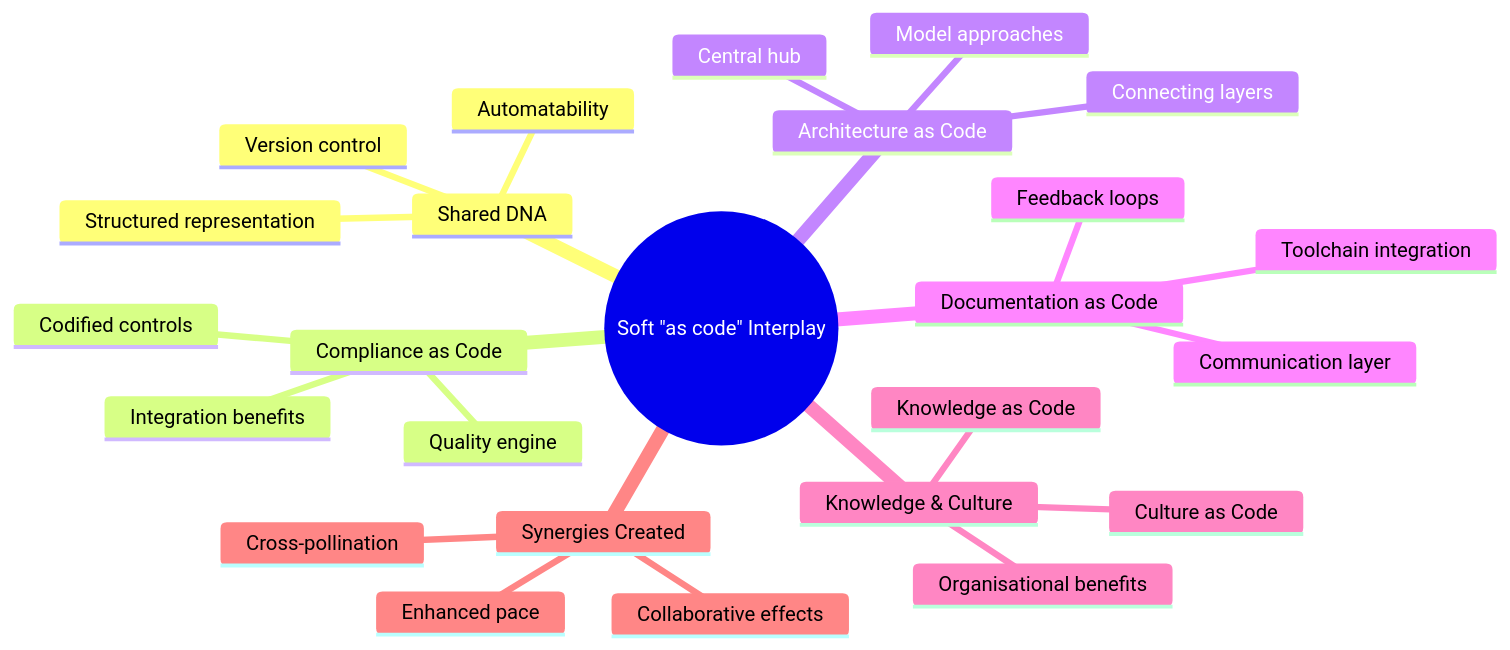
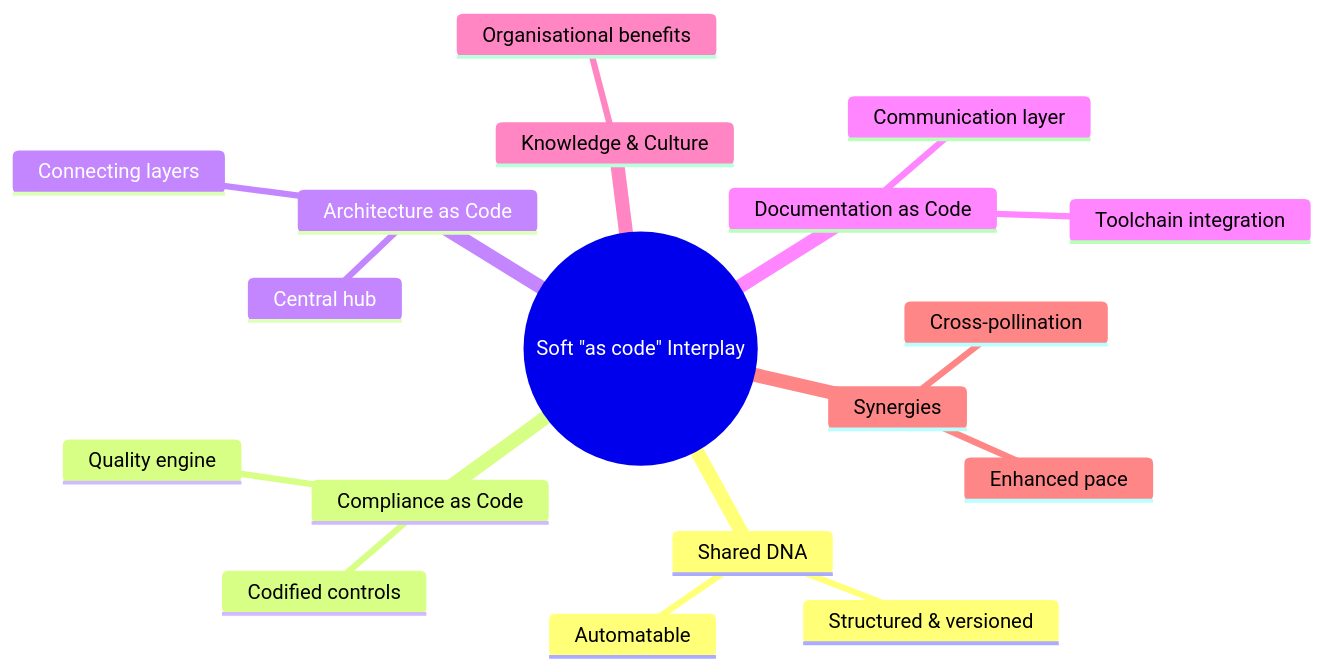
One commit to Geonitab/architecture_as_code changed the diagram in docs/images/mindmap_23_soft_as_code_overview.mmd. Above: the diagram before and after it, drawn with Mermaid. The commit also changed 10 other files, not shown here.

First line of the commit message:
Simplify complex diagrams to improve readability

```diff
--- a/docs/images/mindmap_23_soft_as_code_overview.mmd
+++ b/docs/images/mindmap_23_soft_as_code_overview.mmd
@@ -1,26 +1,19 @@
 mindmap
   root((Soft "as code" Interplay))
     Shared DNA
-      Structured representation
-      Version control
-      Automatability
+      Structured & versioned
+      Automatable
     Compliance as Code
+      Codified controls
       Quality engine
-      Codified controls
-      Integration benefits
     Architecture as Code
       Central hub
-      Model approaches
       Connecting layers
     Documentation as Code
       Communication layer
       Toolchain integration
-      Feedback loops
     Knowledge & Culture
-      Knowledge as Code
-      Culture as Code
       Organisational benefits
-    Synergies Created
+    Synergies
       Cross-pollination
-      Collaborative effects
       Enhanced pace
```
